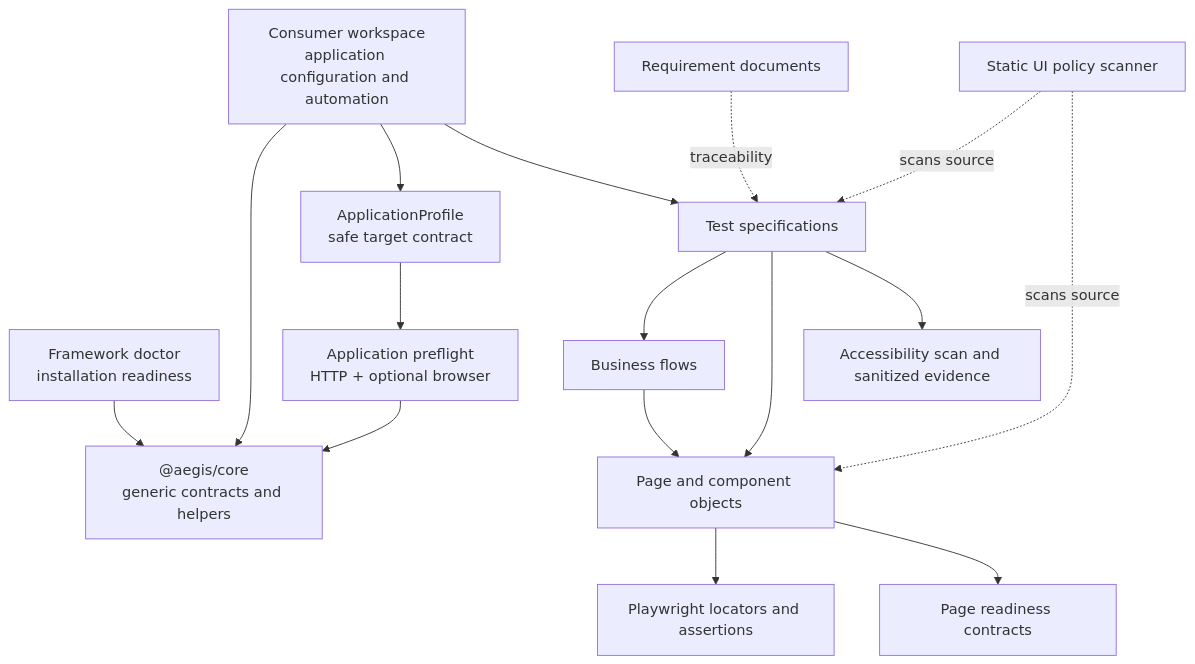
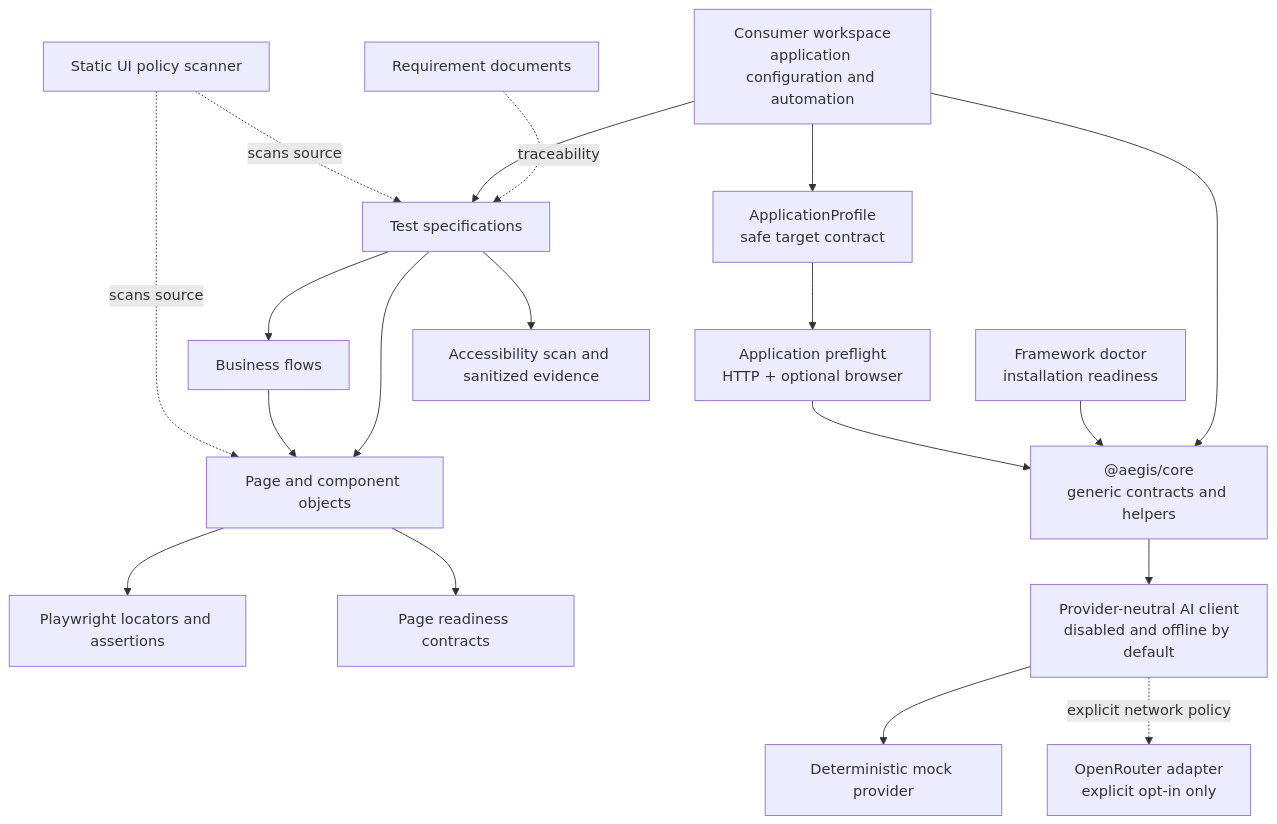
The first of 2 diagrams in docs/architecture.md (sumit89871/aegis-ai-playwright), drawn with Mermaid before and after one commit. The commit also changed other lines of this file and 36 other files, not shown here.

Commit message:
feat(ai): add secure provider-neutral AI foundation

````diff
--- a/docs/architecture.md
+++ b/docs/architecture.md
@@ -5,32 +5,38 @@
 ```mermaid
 flowchart TD
     CORE["@aegis/core<br/>generic contracts and helpers"]
     DOCTOR["Framework doctor<br/>installation readiness"]
     PROFILE["ApplicationProfile<br/>safe target contract"]
     PREFLIGHT["Application preflight<br/>HTTP + optional browser"]
     CONSUMER["Consumer workspace<br/>application configuration and automation"]
     REQ[Requirement documents]
     TEST[Test specifications]
     FLOW[Business flows]
     UI[Page and component objects]
     PW[Playwright locators and assertions]
     READY[Page readiness contracts]
     A11Y[Accessibility scan and sanitized evidence]
     POLICY[Static UI policy scanner]
+    AI[Provider-neutral AI client<br/>disabled and offline by default]
+    MOCK[Deterministic mock provider]
+    ROUTER[OpenRouter adapter<br/>explicit opt-in only]
 
     CONSUMER --> CORE
     DOCTOR --> CORE
     CONSUMER --> PROFILE
     PROFILE --> PREFLIGHT
     PREFLIGHT --> CORE
     REQ -. traceability .-> TEST
     CONSUMER --> TEST
     TEST --> FLOW
     TEST --> UI
     FLOW --> UI
     UI --> PW
     UI --> READY
     TEST --> A11Y
     POLICY -. scans source .-> TEST
     POLICY -. scans source .-> UI
+    CORE --> AI
+    AI --> MOCK
+    AI -. explicit network policy .-> ROUTER
 ```
````
